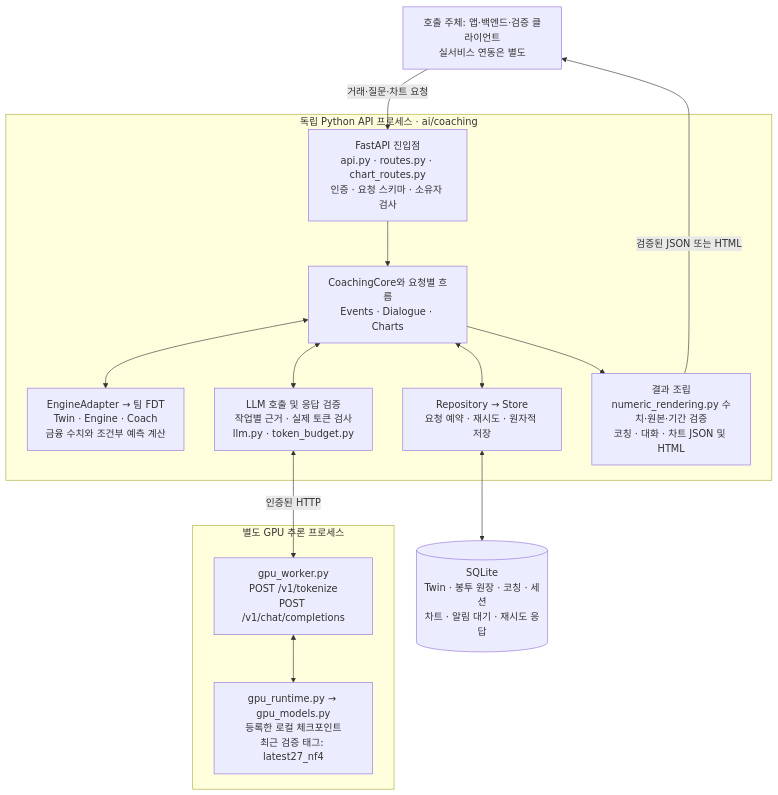
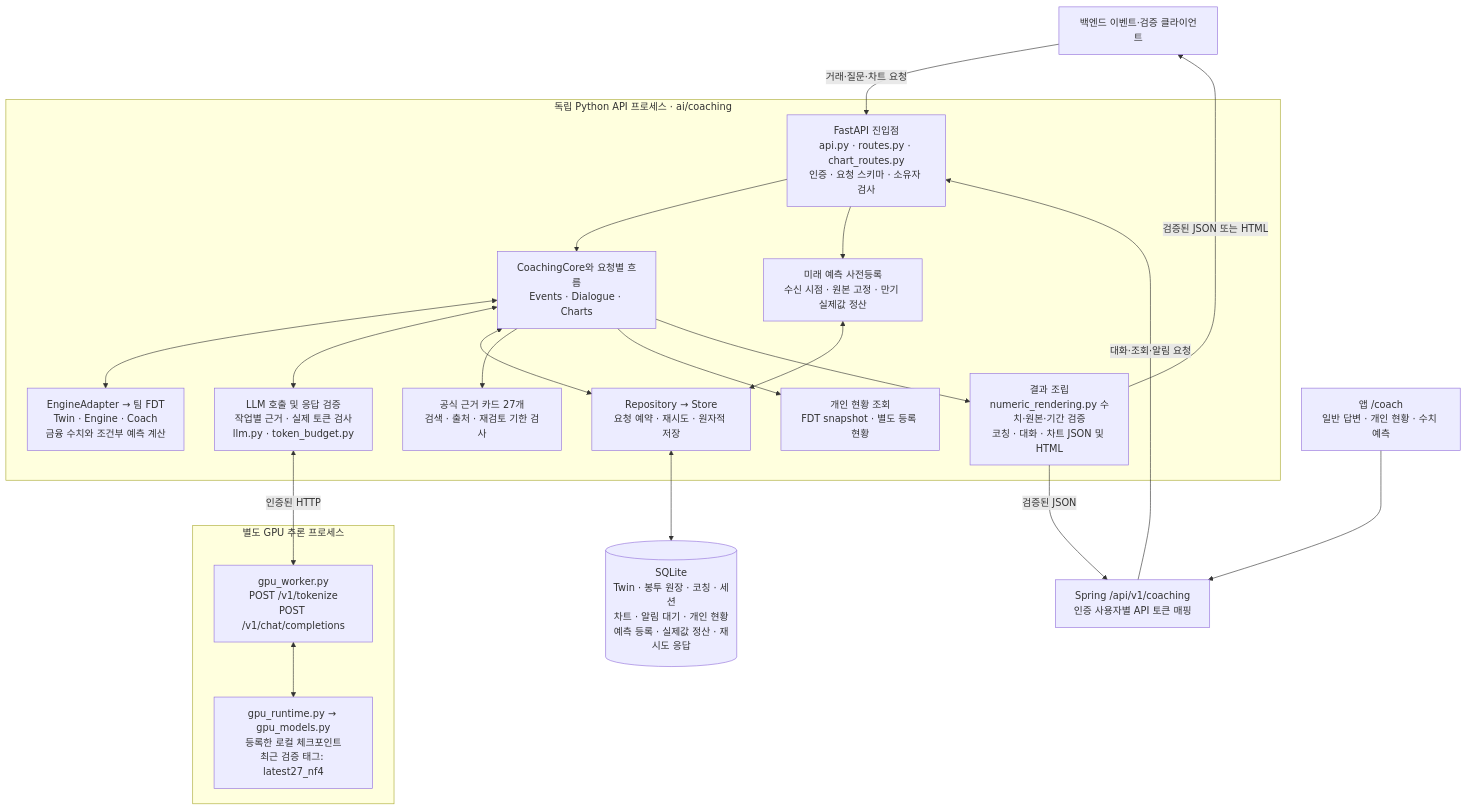
The first of 3 diagrams in ai/coaching/docs/architecture.md (dfizae/KeyFin), drawn with Mermaid before and after one commit. The commit also changed other lines of this file and 8 other files, not shown here.

````diff
--- a/ai/coaching/docs/architecture.md
+++ b/ai/coaching/docs/architecture.md
@@ -11,30 +11,42 @@
 ```mermaid
 flowchart TB
-    Caller["호출 주체: 앱·백엔드·검증 클라이언트<br/>실서비스 연동은 별도"]
+    Caller["백엔드 이벤트·검증 클라이언트"]
+    App["앱 /coach<br/>일반 답변 · 개인 현황 · 수치 예측"]
+    Proxy["Spring /api/v1/coaching<br/>인증 사용자별 API 토큰 매핑"]
+    App --> Proxy
 
     subgraph Service["독립 Python API 프로세스 · ai/coaching"]
         API["FastAPI 진입점<br/>api.py · routes.py · chart_routes.py<br/>인증 · 요청 스키마 · 소유자 검사"]
         Core["CoachingCore와 요청별 흐름<br/>Events · Dialogue · Charts"]
         FDT["EngineAdapter → 팀 FDT<br/>Twin · Engine · Coach<br/>금융 수치와 조건부 예측 계산"]
         ModelClient["LLM 호출 및 응답 검증<br/>작업별 근거 · 실제 토큰 검사<br/>llm.py · token_budget.py"]
         Store["Repository → Store<br/>요청 예약 · 재시도 · 원자적 저장"]
+        Knowledge["공식 근거 카드 27개<br/>검색 · 출처 · 재검토 기한 검사"]
+        Personal["개인 현황 조회<br/>FDT snapshot · 별도 등록 현황"]
+        Validation["미래 예측 사전등록<br/>수신 시점 · 원본 고정 · 만기 실제값 정산"]
         Output["결과 조립<br/>numeric_rendering.py 수치·원본·기간 검증<br/>코칭 · 대화 · 차트 JSON 및 HTML"]
         API --> Core
         Core <--> FDT
         Core <--> ModelClient
         Core <--> Store
+        Core --> Knowledge
+        Core --> Personal
+        API --> Validation
+        Validation <--> Store
         Core --> Output
     end
 
     subgraph Inference["별도 GPU 추론 프로세스"]
         Worker["gpu_worker.py<br/>POST /v1/tokenize<br/>POST /v1/chat/completions"]
         Model["gpu_runtime.py → gpu_models.py<br/>등록한 로컬 체크포인트<br/>최근 검증 태그: latest27_nf4"]
         Worker <--> Model
     end
 
-    DB[("SQLite<br/>Twin · 봉투 원장 · 코칭 · 세션<br/>차트 · 알림 대기 · 재시도 응답")]
+    DB[("SQLite<br/>Twin · 봉투 원장 · 코칭 · 세션<br/>차트 · 알림 대기 · 개인 현황<br/>예측 등록 · 실제값 정산 · 재시도 응답")]
     Caller -->|"거래·질문·차트 요청"| API
+    Proxy -->|"대화·조회·알림 요청"| API
     Store <--> DB
     ModelClient <-->|"인증된 HTTP"| Worker
     Output -->|"검증된 JSON 또는 HTML"| Caller
+    Output -->|"검증된 JSON"| Proxy
 ```
````
